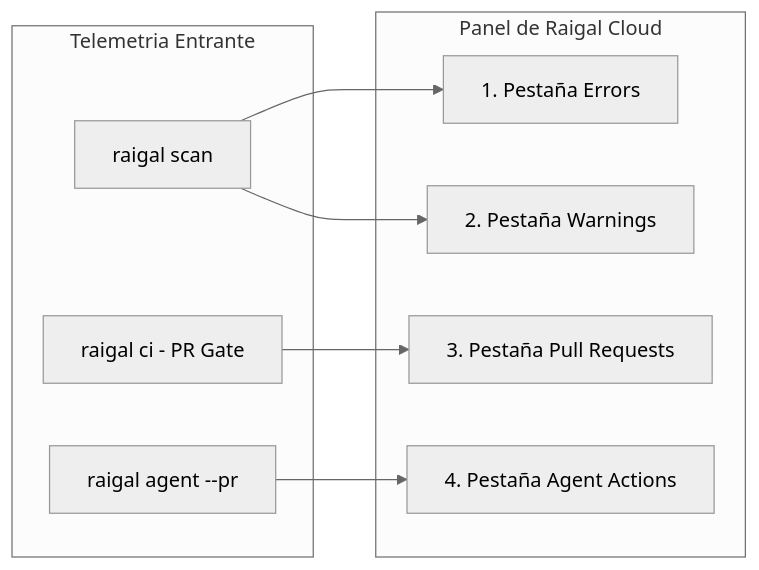
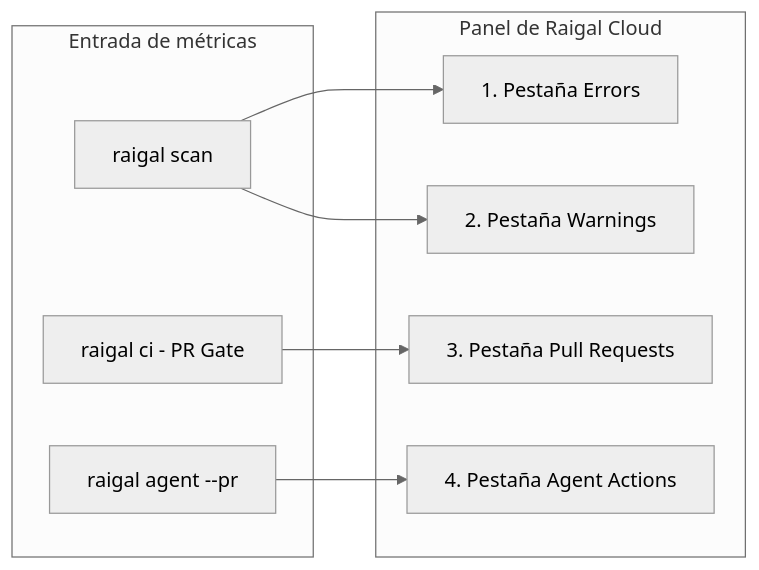
Before and after one commit to meethiu/raigal-docs: the diagram in es/cloud-platform/dashboard.mdx, drawn with Mermaid (neutral theme). The commit also changed other lines of this file and 34 other files, not shown here.

````diff
--- a/es/cloud-platform/dashboard.mdx
+++ b/es/cloud-platform/dashboard.mdx
@@ -8,20 +8,20 @@
 ```mermaid
 graph LR
-    subgraph Incoming ["Telemetria Entrante"]
+    subgraph Incoming ["Entrada de métricas"]
         Scan[raigal scan]
         CI[raigal ci - PR Gate]
         Agent[raigal agent --pr]
     end
 
     subgraph Dashboard ["Panel de Raigal Cloud"]
         Stage1[1. Pestaña Errors]
         Stage2[2. Pestaña Warnings]
         Stage3[3. Pestaña Pull Requests]
         Stage4[4. Pestaña Agent Actions]
     end
 
     Scan --> Stage1
     Scan --> Stage2
     CI --> Stage3
     Agent --> Stage4
 ```
````
